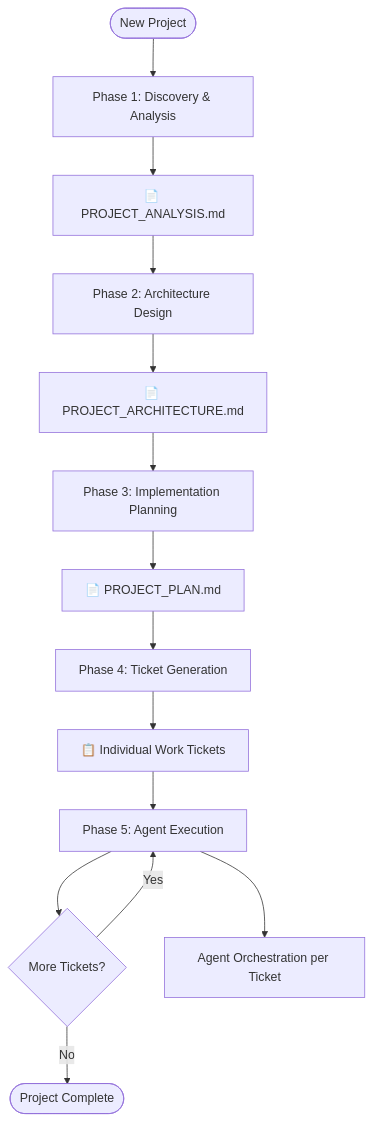
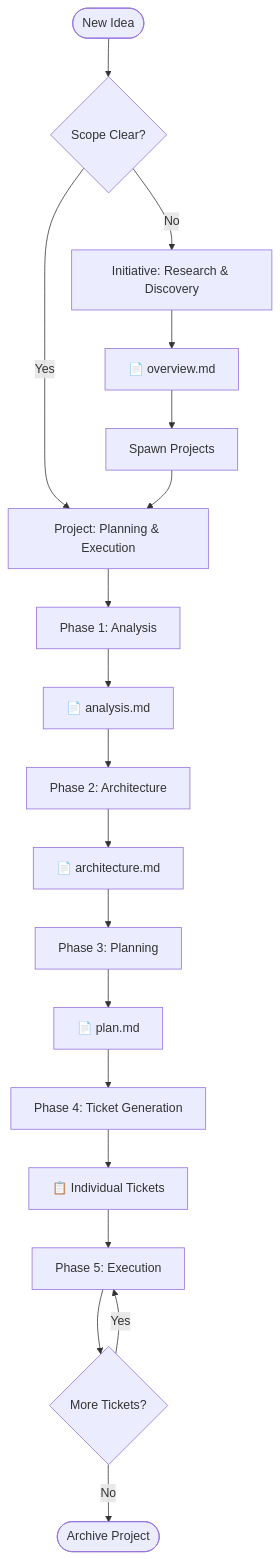
Before and after one commit to manifoldlogic/claude-code-plugins: the first of 2 diagrams in plugins/workstream/skills/project-workflow/references/spec-driven-development.md, drawn with Mermaid. The commit also changed other lines of this file, not shown here.

````diff
--- a/plugins/workstream/skills/project-workflow/references/spec-driven-development.md
+++ b/plugins/workstream/skills/project-workflow/references/spec-driven-development.md
@@ -5,21 +5,27 @@
 ```mermaid
 flowchart TD
-    Start([New Project]) --> Phase1[Phase 1: Discovery & Analysis]
-    Phase1 --> Doc1[📄 PROJECT_ANALYSIS.md]
-    
-    Doc1 --> Phase2[Phase 2: Architecture Design]
-    Phase2 --> Doc2[📄 PROJECT_ARCHITECTURE.md]
-    
-    Doc2 --> Phase3[Phase 3: Implementation Planning]
-    Phase3 --> Doc3[📄 PROJECT_PLAN.md]
-    
+    Start([New Idea]) --> Decision{Scope Clear?}
+    Decision -->|No| Initiative[Initiative: Research & Discovery]
+    Decision -->|Yes| Project[Project: Planning & Execution]
+
+    Initiative --> Doc0[📄 overview.md]
+    Doc0 --> ProjectFromInit[Spawn Projects]
+    ProjectFromInit --> Project
+
+    Project --> Phase1[Phase 1: Analysis]
+    Phase1 --> Doc1[📄 analysis.md]
+
+    Doc1 --> Phase2[Phase 2: Architecture]
+    Phase2 --> Doc2[📄 architecture.md]
+
+    Doc2 --> Phase3[Phase 3: Planning]
+    Phase3 --> Doc3[📄 plan.md]
+
     Doc3 --> Phase4[Phase 4: Ticket Generation]
-    Phase4 --> Tickets[📋 Individual Work Tickets]
-    
-    Tickets --> Phase5[Phase 5: Agent Execution]
+    Phase4 --> Tickets[📋 Individual Tickets]
+
+    Tickets --> Phase5[Phase 5: Execution]
     Phase5 --> Loop{More Tickets?}
     Loop -->|Yes| Phase5
-    Loop -->|No| Complete([Project Complete])
-    
-    Phase5 --> SubFlow[Agent Orchestration per Ticket]
+    Loop -->|No| Archive([Archive Project])
 ```
````
